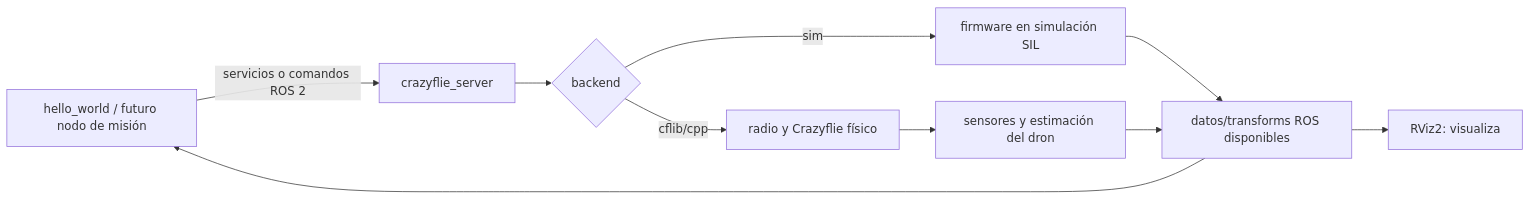
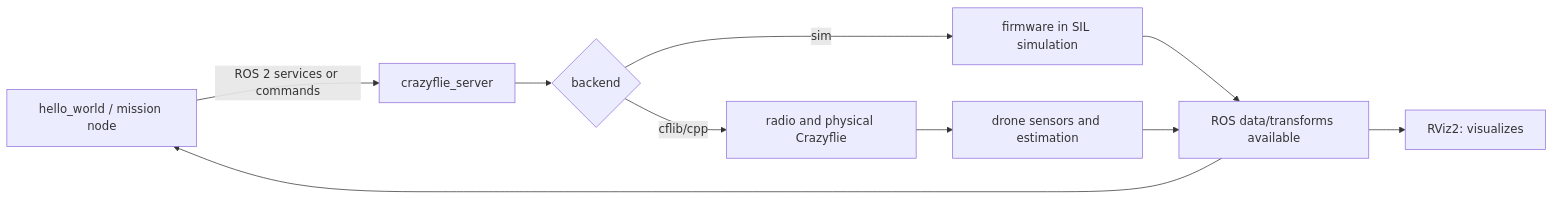
One commit to Comentario/mobile-robotics-hackathon-crazyflie changed the diagram in SETUP_STATUS_WSL_ROS2.md. Above: the diagram before and after it, drawn with Mermaid. The commit also changed other lines of this file and 116 other files, not shown here.

````diff
--- a/SETUP_STATUS_WSL_ROS2.md
+++ b/SETUP_STATUS_WSL_ROS2.md
@@ -142,12 +142,12 @@
 ```mermaid
 flowchart LR
-  A[hello_world / futuro nodo de misión] -->|servicios o comandos ROS 2| B[crazyflie_server]
+  A[hello_world / mission node] -->|ROS 2 services or commands| B[crazyflie_server]
   B --> C{backend}
-  C -->|sim| D[firmware en simulación SIL]
-  C -->|cflib/cpp| E[radio y Crazyflie físico]
-  E --> F[sensores y estimación del dron]
-  D --> G[datos/transforms ROS disponibles]
+  C -->|sim| D[firmware in SIL simulation]
+  C -->|cflib/cpp| E[radio and physical Crazyflie]
+  E --> F[drone sensors and estimation]
+  D --> G[ROS data/transforms available]
   F --> G
-  G --> H[RViz2: visualiza]
+  G --> H[RViz2: visualizes]
   G --> A
 ```
````
